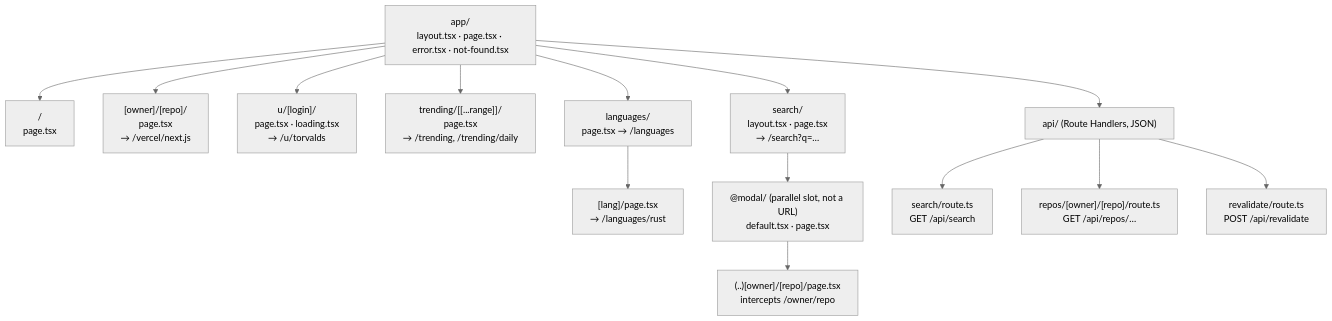
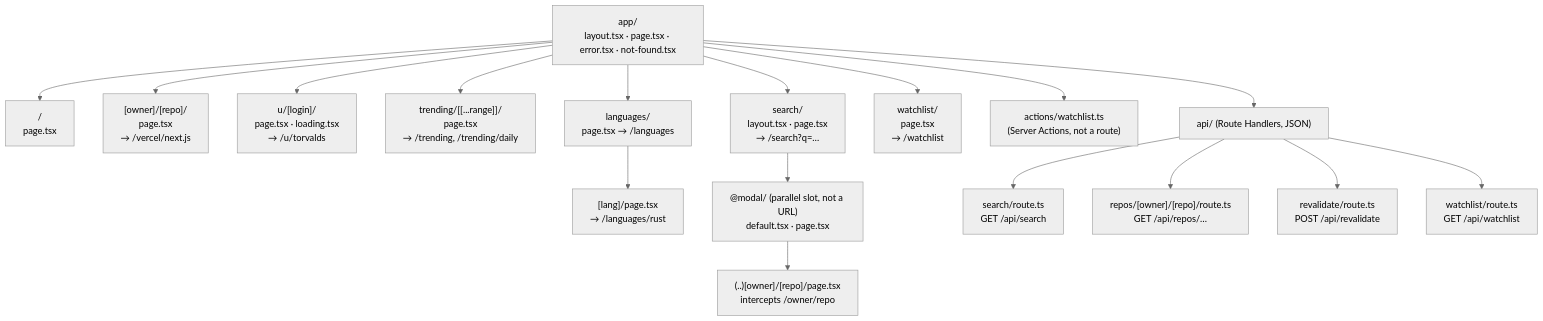
Before and after one commit to tarnishedMind/RepoRadar: the third of 13 diagrams in docs/ARCHITECTURE.md, drawn with Mermaid (neutral theme). The commit also changed other lines of this file and 15 other files, not shown here.

First line of the commit message:
M5: Watchlist with Server Actions and optimistic UI

````diff
--- a/docs/ARCHITECTURE.md
+++ b/docs/ARCHITECTURE.md
@@ -79,17 +80,20 @@
 ```mermaid
 flowchart TD
   root["app/<br/>layout.tsx · page.tsx · error.tsx · not-found.tsx"]
   root --> home["/ <br/>page.tsx"]
   root --> repo["[owner]/[repo]/<br/>page.tsx<br/>→ /vercel/next.js"]
   root --> user["u/[login]/<br/>page.tsx · loading.tsx<br/>→ /u/torvalds"]
   root --> trending["trending/[[...range]]/<br/>page.tsx<br/>→ /trending, /trending/daily"]
   root --> langs["languages/<br/>page.tsx → /languages"]
   langs --> lang["[lang]/page.tsx<br/>→ /languages/rust"]
   root --> search["search/<br/>layout.tsx · page.tsx<br/>→ /search?q=…"]
   search --> modal["@modal/ (parallel slot, not a URL)<br/>default.tsx · page.tsx"]
   modal --> intercept["(..)[owner]/[repo]/page.tsx<br/>intercepts /owner/repo"]
+  root --> watch["watchlist/<br/>page.tsx<br/>→ /watchlist"]
+  root --> actions["actions/watchlist.ts<br/>(Server Actions, not a route)"]
   root --> api["api/ (Route Handlers, JSON)"]
   api --> apiSearch["search/route.ts<br/>GET /api/search"]
   api --> apiRepo["repos/[owner]/[repo]/route.ts<br/>GET /api/repos/…"]
   api --> apiReval["revalidate/route.ts<br/>POST /api/revalidate"]
+  api --> apiWatch["watchlist/route.ts<br/>GET /api/watchlist"]
 ```
````
